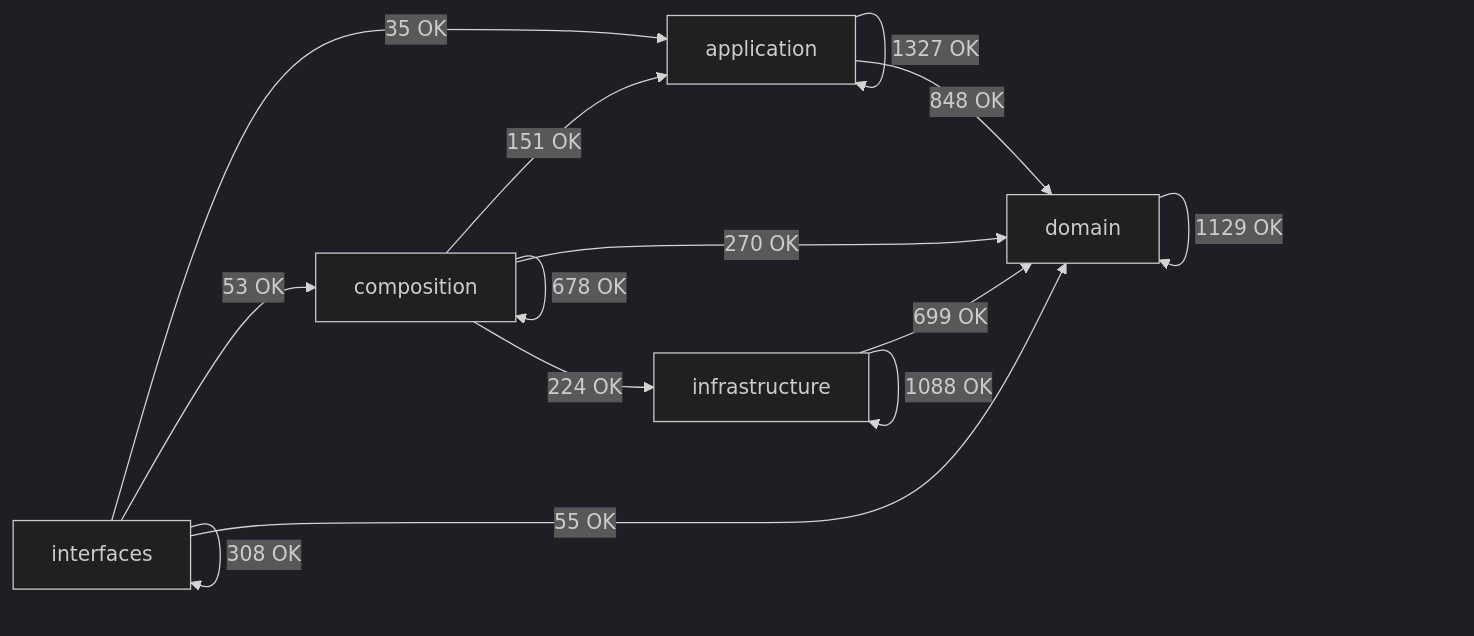
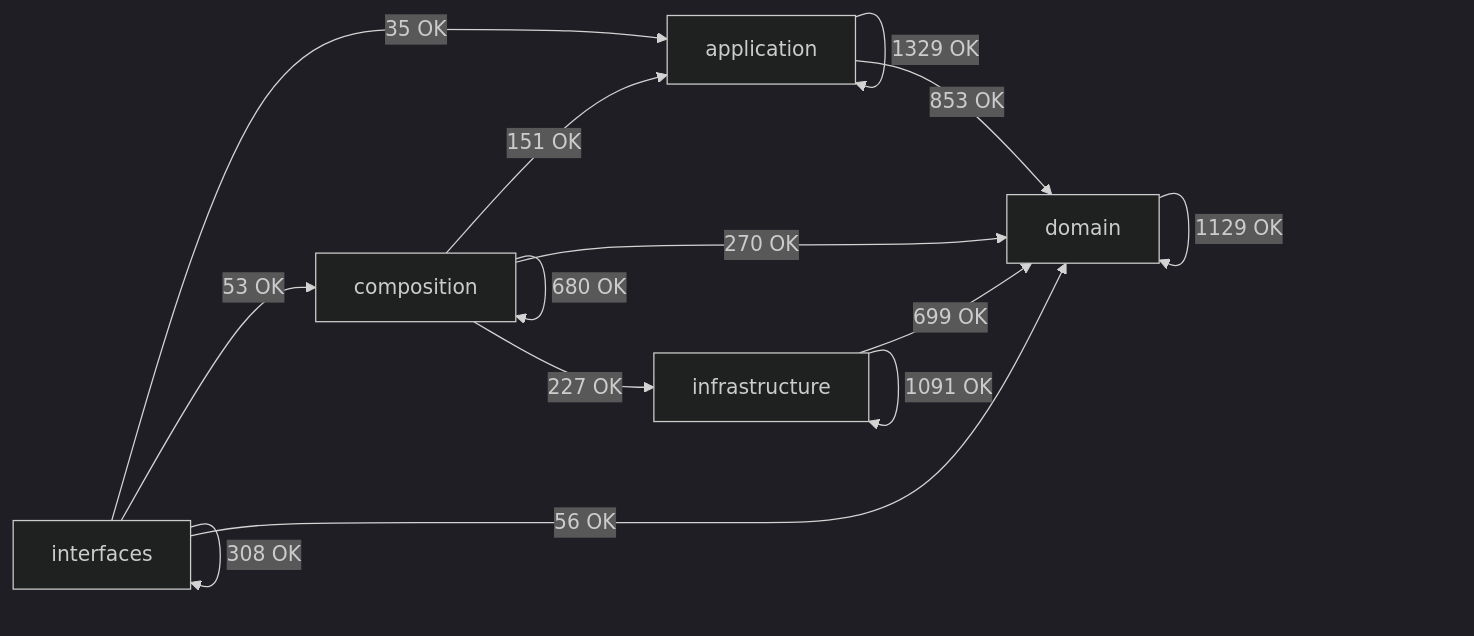
Before and after one commit to SatoryKono/BioactivityDataAcquisition: the diagram in docs/02-architecture/generated/module-dependency-map.md, drawn with Mermaid (dark theme). The commit also changed other lines of this file and 55 other files, not shown here.

````diff
--- a/docs/02-architecture/generated/module-dependency-map.md
+++ b/docs/02-architecture/generated/module-dependency-map.md
@@ -17,21 +17,21 @@
 ```mermaid
 flowchart LR
     domain[domain]
     application[application]
     infrastructure[infrastructure]
     composition[composition]
     interfaces[interfaces]
-    application -->|1327 OK| application
-    application -->|848 OK| domain
+    application -->|1329 OK| application
+    application -->|853 OK| domain
     composition -->|151 OK| application
-    composition -->|678 OK| composition
+    composition -->|680 OK| composition
     composition -->|270 OK| domain
-    composition -->|224 OK| infrastructure
+    composition -->|227 OK| infrastructure
     domain -->|1129 OK| domain
     infrastructure -->|699 OK| domain
-    infrastructure -->|1088 OK| infrastructure
+    infrastructure -->|1091 OK| infrastructure
     interfaces -->|35 OK| application
     interfaces -->|53 OK| composition
-    interfaces -->|55 OK| domain
+    interfaces -->|56 OK| domain
     interfaces -->|308 OK| interfaces
 ```
````
